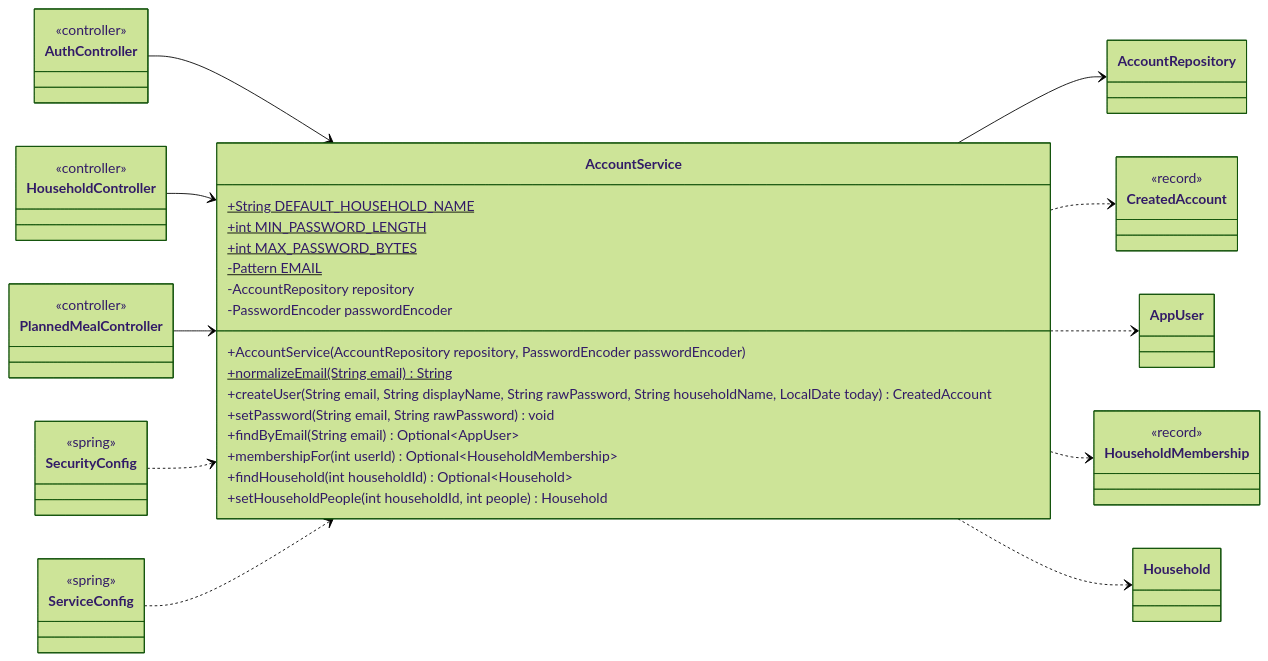
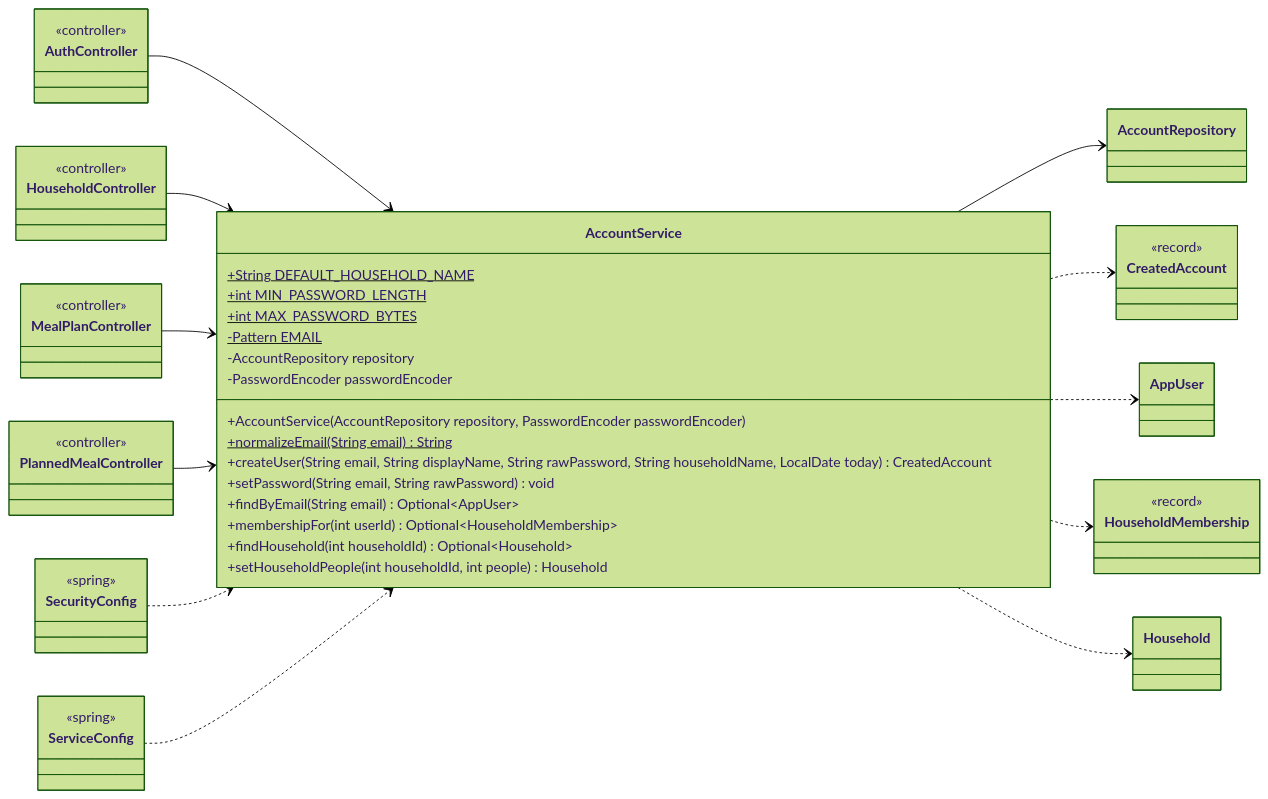
The third of 9 diagrams in docs/classes/auth.md (Nate-ryan-7690/dahaem), drawn with Mermaid (forest theme) before and after one commit. The commit also changed other lines of this file and 4 other files, not shown here.

````diff
--- a/docs/classes/auth.md
+++ b/docs/classes/auth.md
@@ -130,54 +130,58 @@
 ```mermaid
 classDiagram
     direction LR
     class auth_AccountService["AccountService"] {
         +String DEFAULT_HOUSEHOLD_NAME$
         +int MIN_PASSWORD_LENGTH$
         +int MAX_PASSWORD_BYTES$
         -Pattern EMAIL$
         -AccountRepository repository
         -PasswordEncoder passwordEncoder
         +AccountService(AccountRepository repository, PasswordEncoder passwordEncoder)
         +normalizeEmail(String email) String$
         +createUser(String email, String displayName, String rawPassword, String householdName, LocalDate today) CreatedAccount
         +setPassword(String email, String rawPassword) void
         +findByEmail(String email) Optional~AppUser~
         +membershipFor(int userId) Optional~HouseholdMembership~
         +findHousehold(int householdId) Optional~Household~
         +setHouseholdPeople(int householdId, int people) Household
     }
     class auth_AccountRepository["AccountRepository"]
     class api_AuthController["AuthController"] {
         <<controller>>
     }
     class api_HouseholdController["HouseholdController"] {
         <<controller>>
     }
+    class api_MealPlanController["MealPlanController"] {
+        <<controller>>
+    }
     class api_PlannedMealController["PlannedMealController"] {
         <<controller>>
     }
     class auth_CreatedAccount["CreatedAccount"] {
         <<record>>
     }
     class auth_AppUser["AppUser"]
     class auth_HouseholdMembership["HouseholdMembership"] {
         <<record>>
     }
     class auth_Household["Household"]
     class api_SecurityConfig["SecurityConfig"] {
         <<spring>>
     }
     class api_ServiceConfig["ServiceConfig"] {
         <<spring>>
     }
     auth_AccountService --> auth_AccountRepository
     auth_AccountService ..> auth_CreatedAccount
     auth_AccountService ..> auth_AppUser
     auth_AccountService ..> auth_HouseholdMembership
     auth_AccountService ..> auth_Household
     api_AuthController --> auth_AccountService
     api_HouseholdController --> auth_AccountService
+    api_MealPlanController --> auth_AccountService
     api_PlannedMealController --> auth_AccountService
     api_SecurityConfig ..> auth_AccountService
     api_ServiceConfig ..> auth_AccountService
 ```
````
